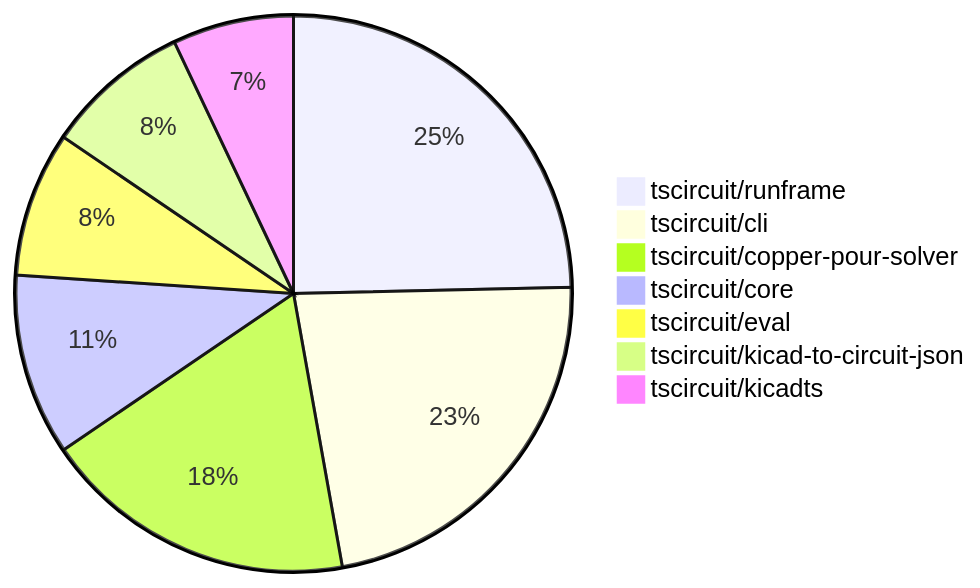
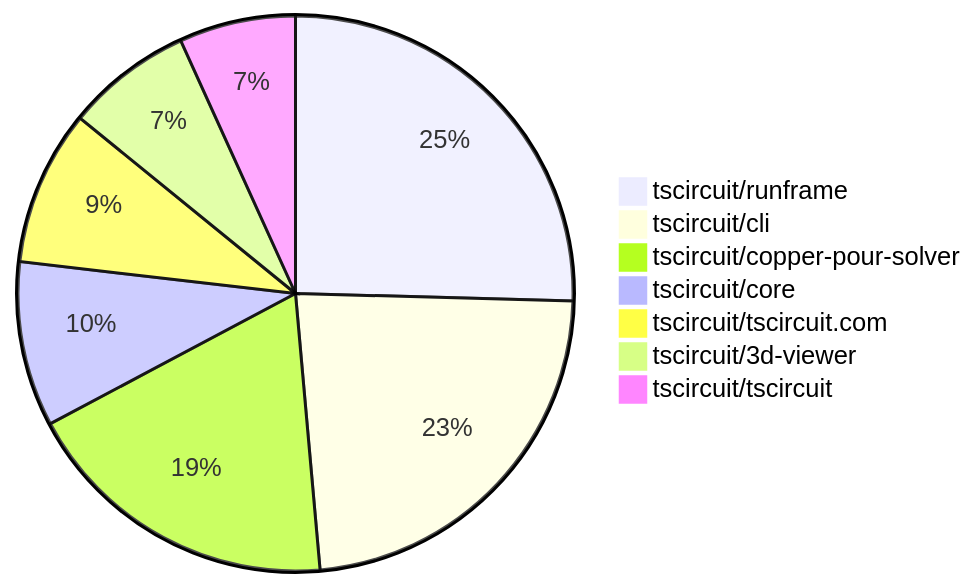
Before and after one commit to tscircuit/contribution-tracker: the second of 2 diagrams in README.md, drawn with Mermaid. The commit also changed other lines of this file and 3 other files, not shown here.

````diff
--- a/README.md
+++ b/README.md
@@ -120,10 +120,10 @@
 ```mermaid
 pie
-    "tscircuit/runframe" : 35
-    "tscircuit/cli" : 32
-    "tscircuit/copper-pour-solver" : 26
-    "tscircuit/core" : 15
-    "tscircuit/eval" : 12
-    "tscircuit/kicad-to-circuit-json" : 12
-    "tscircuit/kicadts" : 10
+    "tscircuit/runframe" : 45
+    "tscircuit/cli" : 41
+    "tscircuit/copper-pour-solver" : 33
+    "tscircuit/core" : 17
+    "tscircuit/tscircuit.com" : 16
+    "tscircuit/3d-viewer" : 13
+    "tscircuit/tscircuit" : 12
 ```
````
